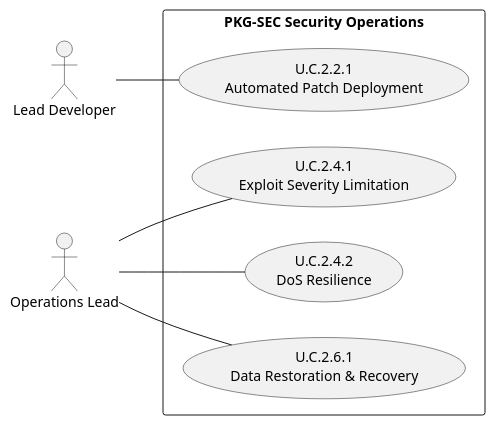
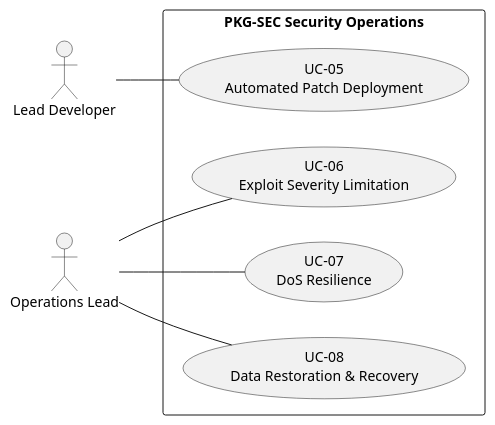
The eighth of 11 diagrams in 02_CASES/Case_01_TinyTask_SaaS/03_PHASE3_DECOMPOSITION_RICH/annexes/A_Use_Case_Diagrams.md (pauloribeiro16/Methodology_compact), drawn with PlantUML before and after one commit. The commit also changed other lines of this file and 34 other files, not shown here.

Commit message:
[EXECUTOR] F2 RENUMBER Case_01: U.C.x.y.z flattened → UC-01..40 (compliance 01..17 + product 18..40), two-phase, 20 files, xlsx+builder regenerated, 11 SVGs re-rendered; gates PASS (verify_rich 0, audit 100%, mermaid 192/192, smoke 16/16)

````diff
--- a/02_CASES/Case_01_TinyTask_SaaS/03_PHASE3_DECOMPOSITION_RICH/annexes/A_Use_Case_Diagrams.md
+++ b/02_CASES/Case_01_TinyTask_SaaS/03_PHASE3_DECOMPOSITION_RICH/annexes/A_Use_Case_Diagrams.md
@@ -286,17 +288,17 @@
 ```plantuml
 @startuml
 left to right direction
 actor "Lead Developer" as DEV
 actor "Operations Lead" as OPS
 rectangle "PKG-SEC Security Operations" {
-usecase "U.C.2.2.1\nAutomated Patch Deployment" as UC221
-usecase "U.C.2.4.1\nExploit Severity Limitation" as UC241
-usecase "U.C.2.4.2\nDoS Resilience" as UC242
-usecase "U.C.2.6.1\nData Restoration & Recovery" as UC261
+usecase "UC-05\nAutomated Patch Deployment" as UC221
+usecase "UC-06\nExploit Severity Limitation" as UC241
+usecase "UC-07\nDoS Resilience" as UC242
+usecase "UC-08\nData Restoration & Recovery" as UC261
 }
 DEV -- UC221
 OPS -- UC241
 OPS -- UC242
 OPS -- UC261
 @enduml
 ```
````
